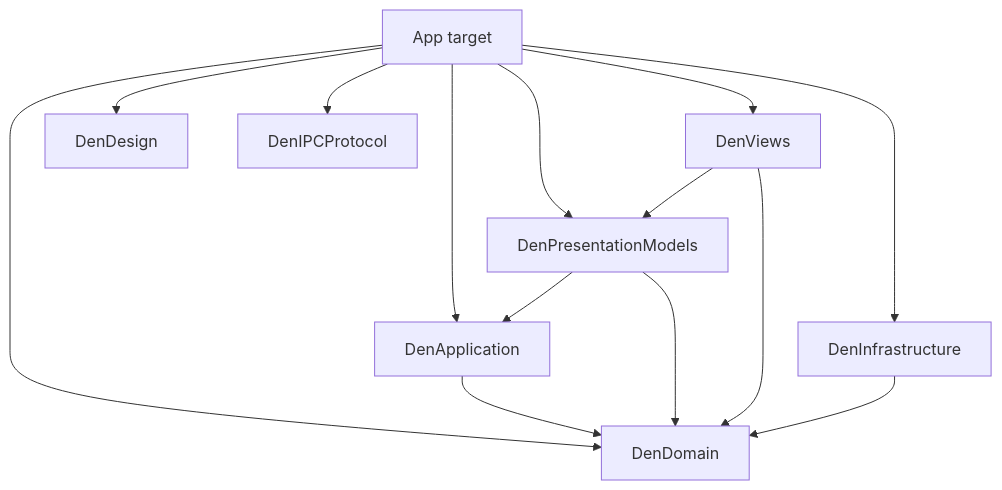
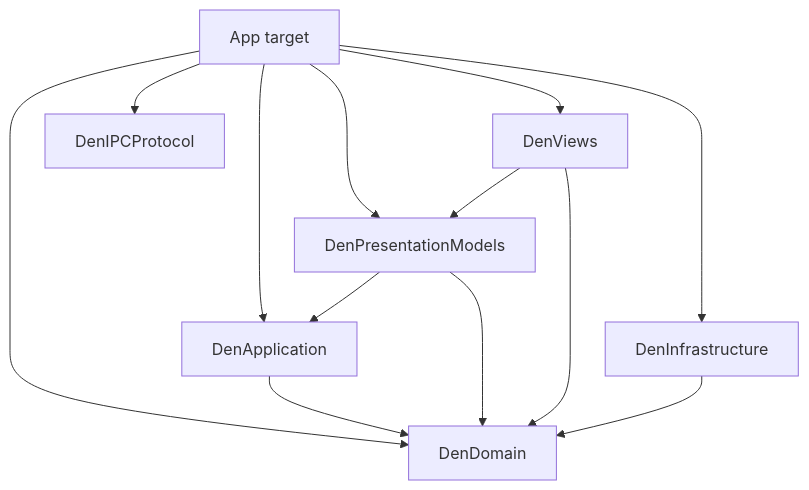
One commit to nekonata-team/den-browser changed the diagram in docs/architecture.md. Above: the diagram before and after it, drawn with Mermaid. The commit also changed other lines of this file and 81 other files, not shown here.

````diff
--- a/docs/architecture.md
+++ b/docs/architecture.md
@@ -14,16 +14,15 @@
 ```mermaid
 flowchart TD
     App[App target] --> DenApplication
     App --> DenPresentationModels
     App --> DenViews
     App --> DenInfrastructure
     App --> DenDomain
-    App --> DenDesign
     App --> DenIPCProtocol
     DenApplication --> DenDomain
     DenPresentationModels --> DenDomain
     DenPresentationModels --> DenApplication
     DenViews --> DenPresentationModels
     DenViews --> DenDomain
     DenInfrastructure --> DenDomain
 ```
````
